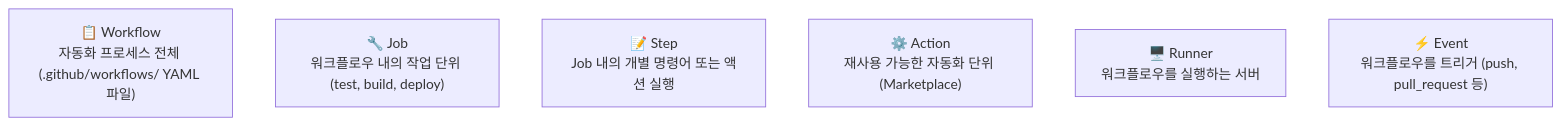
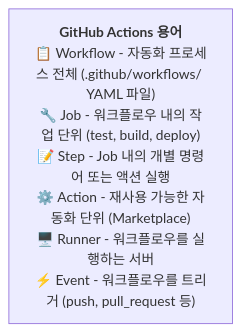
One commit to jingu279/Document changed the second of 2 diagrams in 06_GitHub/05_GitHub_Actions.md. Above: the diagram before and after it, drawn with Mermaid. The commit also changed other lines of this file and 16 other files, not shown here.

Commit message:
Fix all Mermaid rendering issues (subgraph-to-subgraph, unconnected nodes, reserved names, dashes)

````diff
--- a/06_GitHub/05_GitHub_Actions.md
+++ b/06_GitHub/05_GitHub_Actions.md
@@ -28,9 +28,4 @@
 ```mermaid
 flowchart TB
-  Workflow["📋 Workflow<br/>자동화 프로세스 전체 (.github/workflows/ YAML 파일)"]
-  Job["🔧 Job<br/>워크플로우 내의 작업 단위 (test, build, deploy)"]
-  Step["📝 Step<br/>Job 내의 개별 명령어 또는 액션 실행"]
-  Action["⚙️ Action<br/>재사용 가능한 자동화 단위 (Marketplace)"]
-  Runner["🖥️ Runner<br/>워크플로우를 실행하는 서버"]
-  Event["⚡ Event<br/>워크플로우를 트리거 (push, pull_request 등)"]
+  Terms["<b>GitHub Actions 용어</b><br/>📋 Workflow - 자동화 프로세스 전체 (.github/workflows/ YAML 파일)<br/>🔧 Job - 워크플로우 내의 작업 단위 (test, build, deploy)<br/>📝 Step - Job 내의 개별 명령어 또는 액션 실행<br/>⚙️ Action - 재사용 가능한 자동화 단위 (Marketplace)<br/>🖥️ Runner - 워크플로우를 실행하는 서버<br/>⚡ Event - 워크플로우를 트리거 (push, pull_request 등)"]
 ```
````
